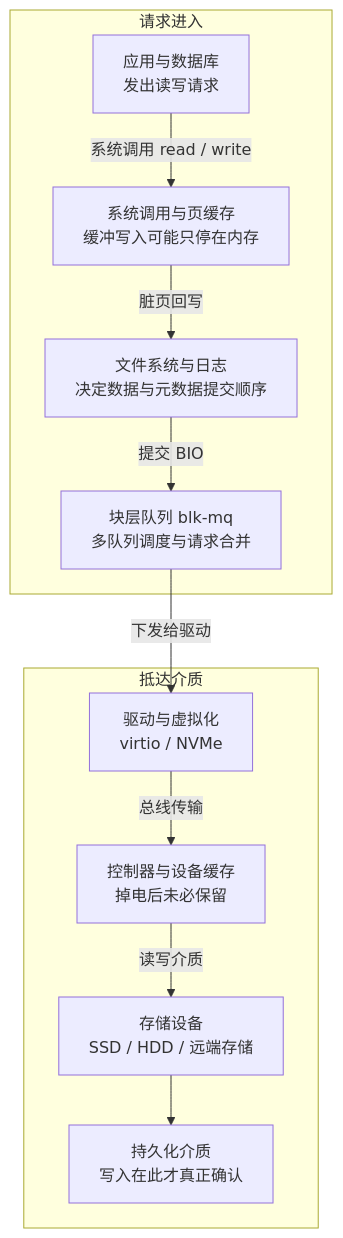
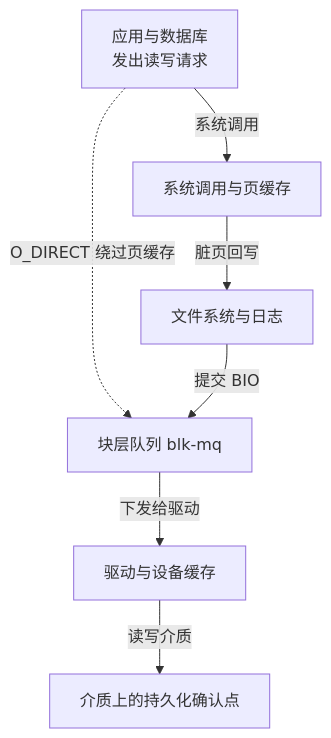
The first of 3 diagrams in vault/工程知识/性能工程：从用户等待到资源瓶颈/存储与网络/存储IO性能取决于访问模式、队列与持久化语义.md (hub138/technical-knowledge), drawn with Mermaid before and after one commit. The commit also changed other lines of this file and 622 other files, not shown here.

````diff
--- a/vault/工程知识/性能工程：从用户等待到资源瓶颈/存储与网络/存储IO性能取决于访问模式、队列与持久化语义.md
+++ b/vault/工程知识/性能工程：从用户等待到资源瓶颈/存储与网络/存储IO性能取决于访问模式、队列与持久化语义.md
@@ -29,14 +34,9 @@
 ```mermaid
 flowchart TD
-    subgraph 请求进入
-        A[应用与数据库<br/>发出读写请求] -->|系统调用 read / write| B[系统调用与页缓存<br/>缓冲写入可能只停在内存]
-        B -->|脏页回写| C[文件系统与日志<br/>决定数据与元数据提交顺序]
-        C -->|提交 BIO| D[块层队列 blk-mq<br/>多队列调度与请求合并]
-    end
-    subgraph 抵达介质
-        E[驱动与虚拟化<br/>virtio / NVMe] -->|总线传输| F[控制器与设备缓存<br/>掉电后未必保留]
-        F -->|读写介质| G[存储设备<br/>SSD / HDD / 远端存储]
-        G --> H[持久化介质<br/>写入在此才真正确认]
-    end
-    D -->|下发给驱动| E
+    A[应用与数据库<br/>发出读写请求] -->|系统调用| B[系统调用与页缓存]
+    A -.->|"O_DIRECT 绕过页缓存"| D
+    B -->|脏页回写| C[文件系统与日志]
+    C -->|提交 BIO| D[块层队列 blk-mq]
+    D -->|下发给驱动| E[驱动与设备缓存]
+    E -->|读写介质| F["介质上的持久化确认点"]
 ```
````
